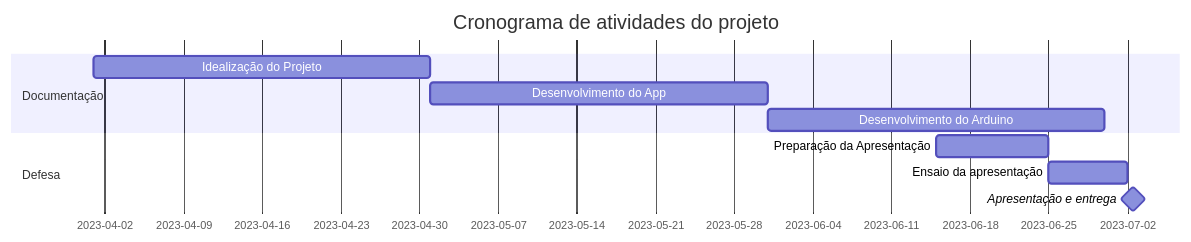
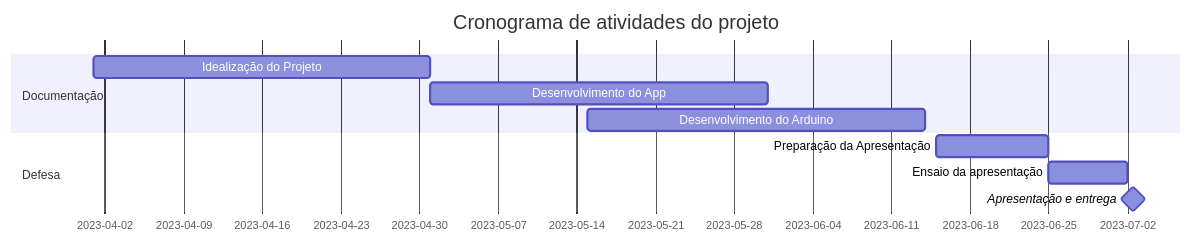
The diagram in README.md (JVictor1012/Plant-Care-Projeto-Integrador), drawn with Mermaid before and after one commit.

````diff
--- a/README.md
+++ b/README.md
@@ -6,18 +6,18 @@
 ```mermaid
     gantt
     title Cronograma de atividades do projeto
     dateFormat  YYYY-MM-DD
     section Documentação 
     Idealização do Projeto      :a1, 2023-04-01, 30d
     Desenvolvimento do App   :a2, after a1  , 30d
-    Desenvolvimento do Arduino   :a3, after a2  , 30d
+    Desenvolvimento do Arduino   :a3, 2023-05-15 , 30d
     
     
     
   
     
     section Defesa
     Preparação da Apresentação :p1, 2023-06-15, 10d
     Ensaio da apresentação :p2, after p1, 7d
     Apresentação e entrega  :milestone, after p2, 1d
 ```
````
